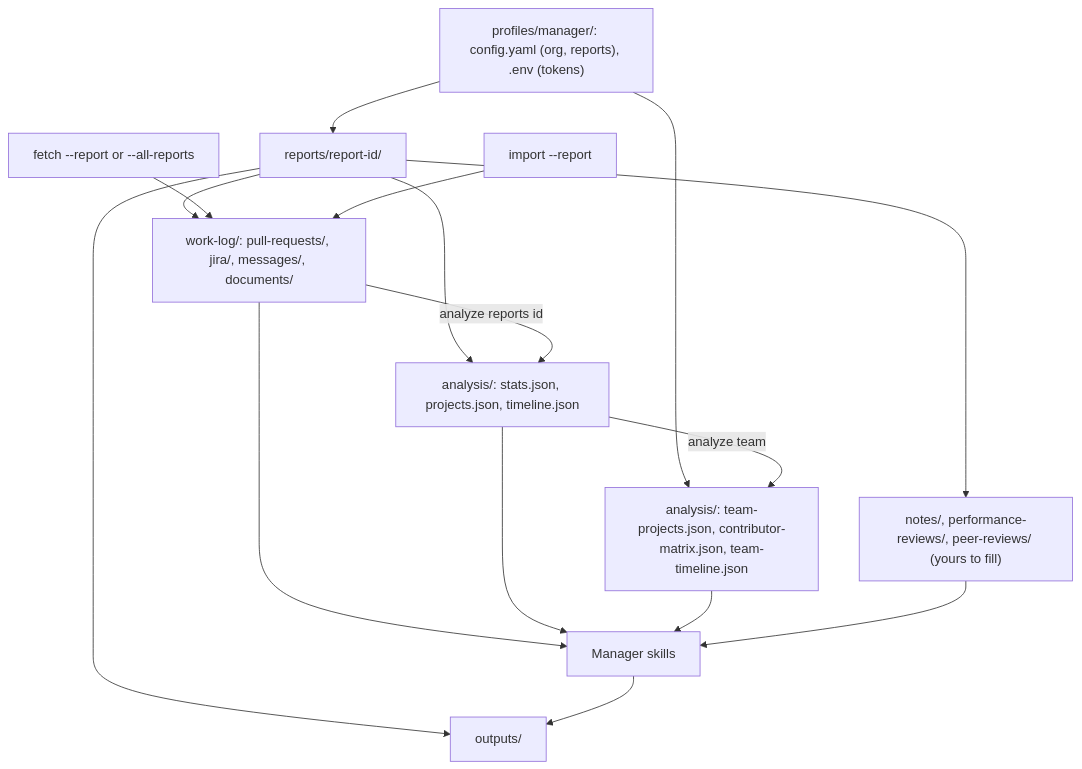
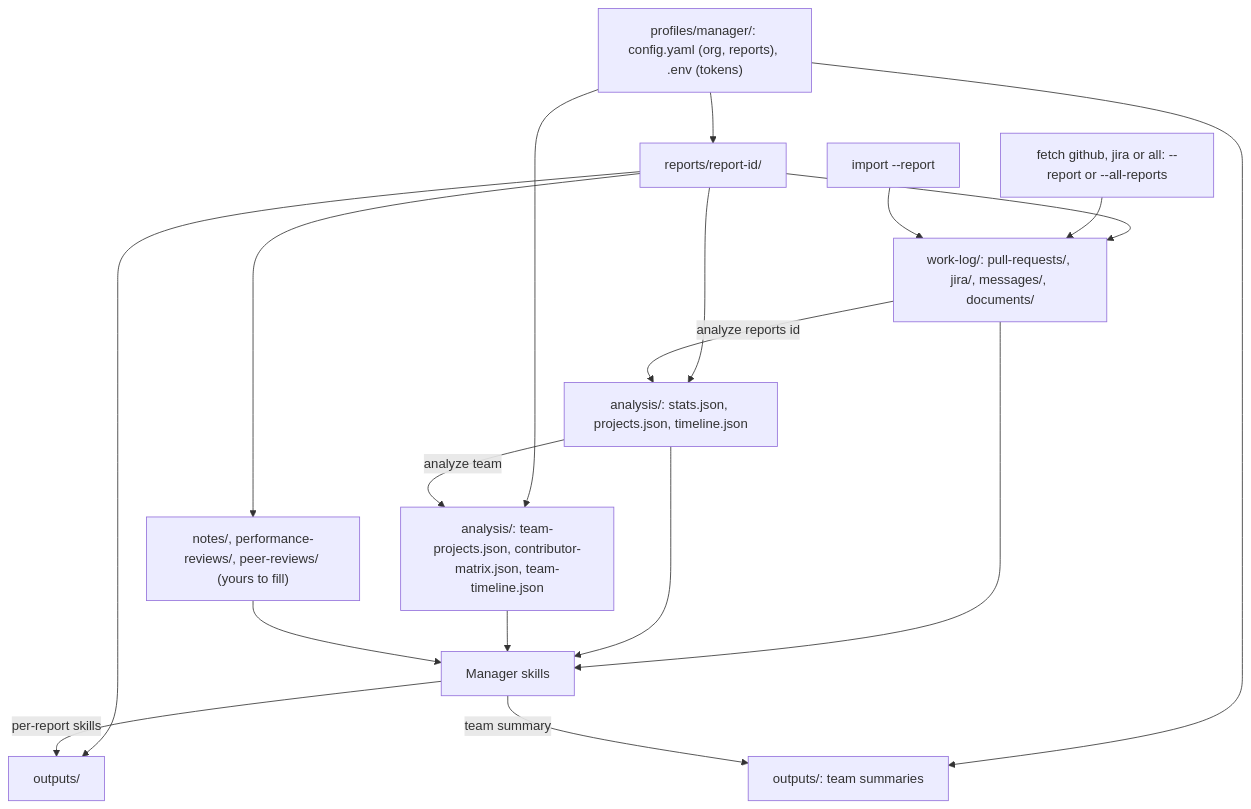
One commit to tkstang/work-chronicler changed the diagram in documentation/docs/workflows/manager-mode.md. Above: the diagram before and after it, drawn with Mermaid. The commit also changed 2 other files, not shown here.

Commit message:
docs: correct the Slack, manager-layout and import diagrams
Oat-Operation: 914dea4322df5a3988b80766b38eb8ae6b0cd369782466d269410f637e1f3a43

````diff
--- a/documentation/docs/workflows/manager-mode.md
+++ b/documentation/docs/workflows/manager-mode.md
@@ -360,21 +360,23 @@
 ```mermaid
 flowchart TD
   accTitle: Manager profile layout
-  accDescr: A manager profile holds its config, tokens, team analysis and one directory per report. fetch and import write each report's work log, analyze reports writes its analysis, analyze team merges those into team analysis, and the manager skills write to the report's outputs.
+  accDescr: A manager profile holds its config, tokens, team analysis and one directory per report. fetch and import write each report's work log, analyze reports writes its analysis, analyze team merges those into team analysis, and the manager skills write to the report's outputs, except the team summary, which goes to the profile's outputs.
   P["profiles/manager/: config.yaml (org, reports), .env (tokens)"]
   P --> R["reports/report-id/"]
   P --> TA["analysis/: team-projects.json, contributor-matrix.json, team-timeline.json"]
+  P --> TO["outputs/: team summaries"]
   R --> RW["work-log/: pull-requests/, jira/, messages/, documents/"]
   R --> RA["analysis/: stats.json, projects.json, timeline.json"]
   R --> RO["outputs/"]
   R --> RN["notes/, performance-reviews/, peer-reviews/ (yours to fill)"]
-  F["fetch --report or --all-reports"] --> RW
+  F["fetch github, jira or all: --report or --all-reports"] --> RW
   I["import --report"] --> RW
   RW -->|"analyze reports id"| RA
   RA -->|"analyze team"| TA
   RW --> SK["Manager skills"]
   RA --> SK
   TA --> SK
   RN --> SK
-  SK --> RO
+  SK -->|"per-report skills"| RO
+  SK -->|"team summary"| TO
 ```
````
